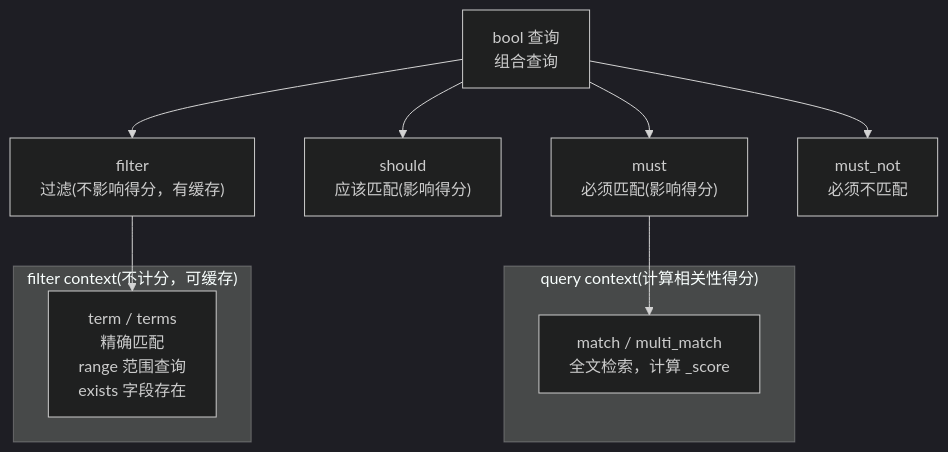
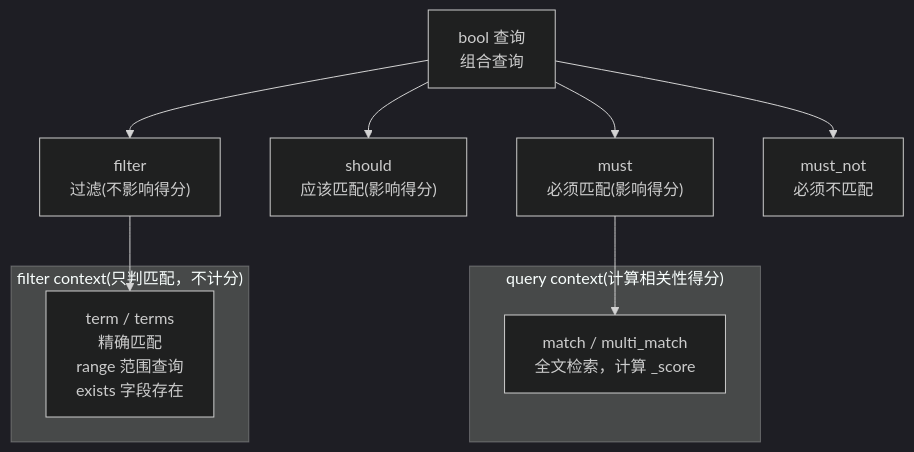
Before and after one commit to b1tzer/the-stack: the diagram in docs/elasticsearch/03-search/chapter-01-query-dsl.md, drawn with Mermaid (dark theme). The commit also changed other lines of this file and 6 other files, not shown here.

````diff
--- a/docs/elasticsearch/03-search/chapter-01-query-dsl.md
+++ b/docs/elasticsearch/03-search/chapter-01-query-dsl.md
@@ -10,18 +10,18 @@
 ```mermaid
 flowchart TD
     subgraph "query context(计算相关性得分)"
         QC["match / multi_match<br>全文检索，计算 _score"]
     end
 
-    subgraph "filter context(不计分，可缓存)"
+    subgraph "filter context(只判匹配，不计分)"
         FC["term / terms<br>精确匹配<br>range 范围查询<br>exists 字段存在"]
     end
 
     Bool["bool 查询<br>组合查询"] --> Must["must<br>必须匹配(影响得分)"]
     Bool --> Should["should<br>应该匹配(影响得分)"]
-    Bool --> Filter["filter<br>过滤(不影响得分，有缓存)"]
+    Bool --> Filter["filter<br>过滤(不影响得分)"]
     Bool --> MustNot["must_not<br>必须不匹配"]
 
     Must --> QC
     Filter --> FC
 ```
````
